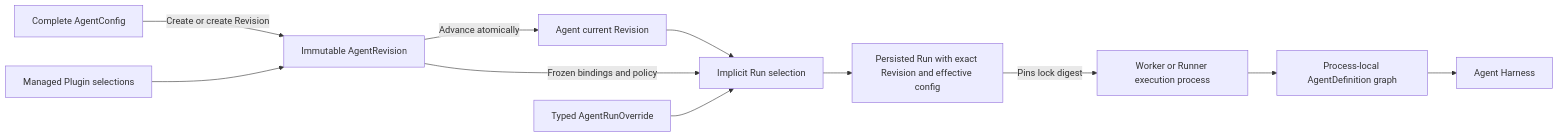
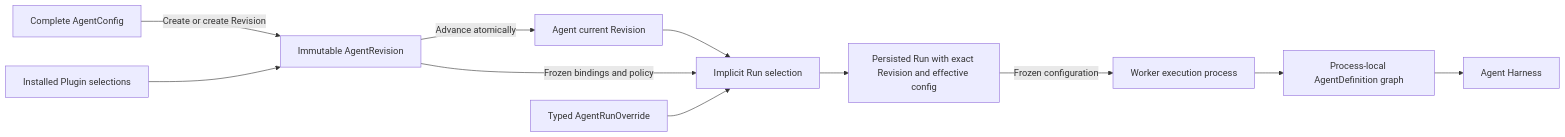
The diagram in spec/a13n-service/28-agent-management.md (LTThreeComma/agent-foundation), drawn with Mermaid before and after one commit. The commit also changed other lines of this file and 157 other files, not shown here.

First line of the commit message:
refactor(service): replace plugin runners with installed factories (#284)

````diff
--- a/spec/a13n-service/28-agent-management.md
+++ b/spec/a13n-service/28-agent-management.md
@@ -13,13 +13,13 @@
 ```mermaid
 flowchart LR
     Config[Complete AgentConfig] -->|Create or create Revision| Revision[Immutable AgentRevision]
     Revision -->|Advance atomically| Current[Agent current Revision]
-    Plugins[Managed Plugin selections] --> Revision
+    Plugins[Installed Plugin selections] --> Revision
     Current --> Acceptance[Implicit Run selection]
     Revision -->|Frozen bindings and policy| Acceptance
     Override[Typed AgentRunOverride] --> Acceptance
     Acceptance --> Run[Persisted Run with exact Revision and effective config]
-    Run -->|Pins lock digest| Worker[Worker or Runner execution process]
+    Run -->|Frozen configuration| Worker[Worker execution process]
     Worker --> Definition[Process-local AgentDefinition graph]
     Definition --> Harness[Agent Harness]
 ```
````
